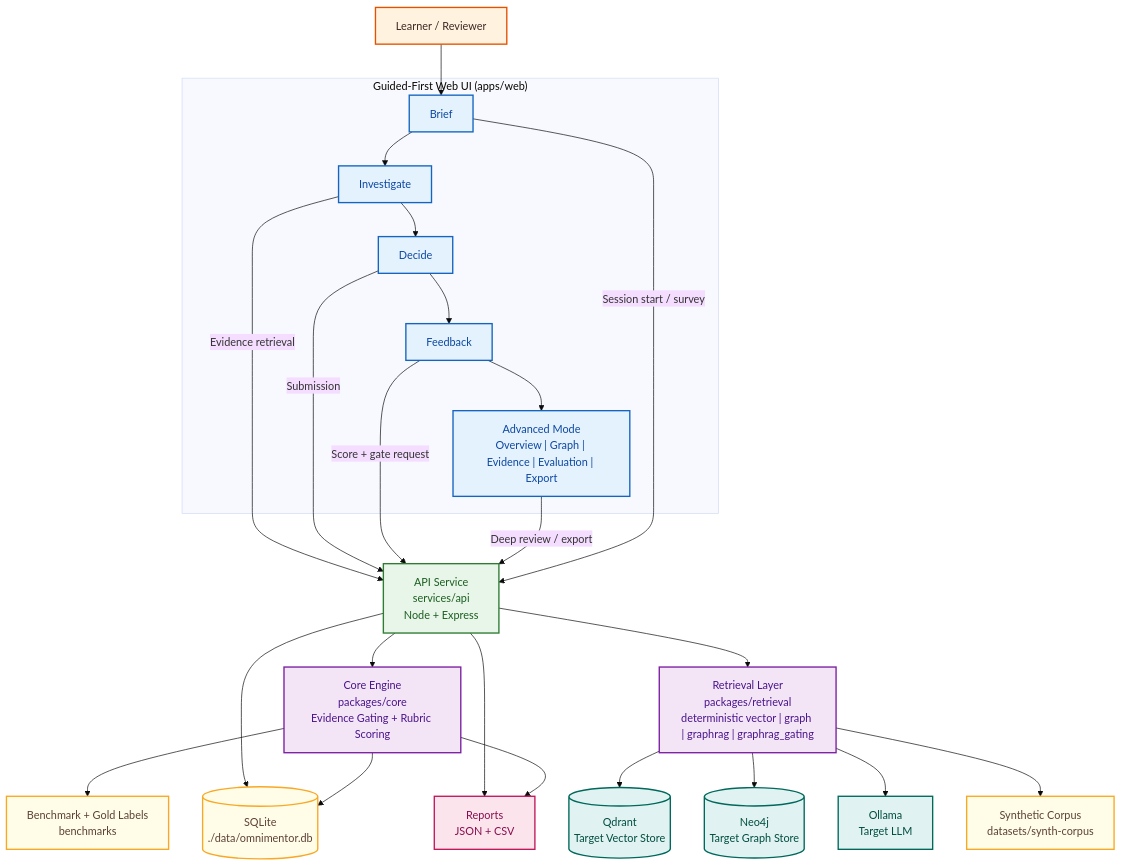
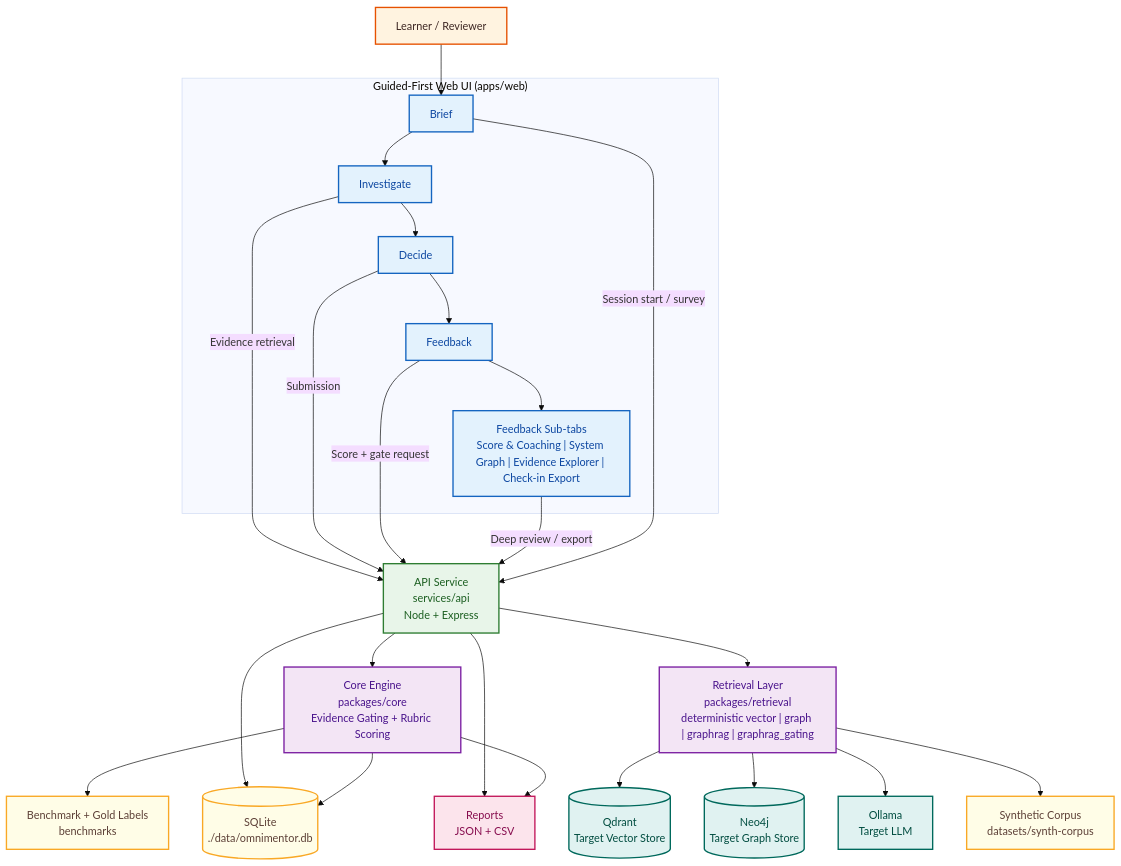
The first of 3 diagrams in docs/architecture/system-architecture.md (asharma3084/OmniMentor-Learning-Platform), drawn with Mermaid (base theme) before and after one commit. The commit also changed other lines of this file and 4 other files, not shown here.

````diff
--- a/docs/architecture/system-architecture.md
+++ b/docs/architecture/system-architecture.md
@@ -38,73 +38,73 @@
 ```mermaid
 flowchart TB
   %% ---------- User + UI ----------
   U["Learner / Reviewer"]
   subgraph UI["Guided-First Web UI (apps/web)"]
     BRIEF["Brief"]
     INVESTIGATE["Investigate"]
     DECIDE["Decide"]
     FEEDBACK["Feedback"]
-    ADV["Advanced Mode\nOverview | Graph | Evidence | Evaluation | Export"]
+    ADV["Feedback Sub-tabs\nScore & Coaching | System Graph | Evidence Explorer | Check-in Export"]
   end
 
   %% ---------- Services ----------
   A["API Service\nservices/api\nNode + Express"]
   C["Core Engine\npackages/core\nEvidence Gating + Rubric Scoring"]
   R["Retrieval Layer\npackages/retrieval\ndeterministic vector | graph | graphrag | graphrag_gating"]
 
   %% ---------- Infrastructure ----------
   LLM["Ollama\nTarget LLM"]
   NEO[("Neo4j\nTarget Graph Store")]
   QD[("Qdrant\nTarget Vector Store")]
 
   %% ---------- Data ----------
   DB[("SQLite\n./data/omnimentor.db")]
   DS["Synthetic Corpus\ndatasets/synth-corpus"]
   BM["Benchmark + Gold Labels\nbenchmarks"]
 
   %% ---------- Outputs ----------
   REP["Reports\nJSON + CSV"]
 
   U --> BRIEF
   BRIEF --> INVESTIGATE
   INVESTIGATE --> DECIDE
   DECIDE --> FEEDBACK
   FEEDBACK --> ADV
 
   INVESTIGATE -->|Evidence retrieval| A
   DECIDE -->|Submission| A
   FEEDBACK -->|Score + gate request| A
   ADV -->|Deep review / export| A
   BRIEF -->|Session start / survey| A
 
   A --> C
   A --> R
   A --> DB
 
   R --> QD
   R --> NEO
   R --> LLM
   R --> DS
   C --> BM
   C --> DB
 
   A --> REP
   C --> REP
 
   %% ---------- Class styling ----------
   classDef client fill:#FFF3E0,stroke:#E65100,color:#3E2723,stroke-width:2px;
   classDef ui fill:#E3F2FD,stroke:#1565C0,color:#0D47A1,stroke-width:2px;
   classDef api fill:#E8F5E9,stroke:#2E7D32,color:#1B5E20,stroke-width:2px;
   classDef core fill:#F3E5F5,stroke:#7B1FA2,color:#4A148C,stroke-width:2px;
   classDef data fill:#FFFDE7,stroke:#F9A825,color:#5D4037,stroke-width:2px;
   classDef output fill:#FCE4EC,stroke:#C2185B,color:#880E4F,stroke-width:2px;
   classDef infra fill:#E0F2F1,stroke:#00695C,color:#004D40,stroke-width:2px;
 
   class U client;
   class BRIEF,INVESTIGATE,DECIDE,FEEDBACK,ADV ui;
   class A api;
   class C,R core;
   class DB,DS,BM data;
   class QD,NEO,LLM infra;
   class REP output;
 ```
````
